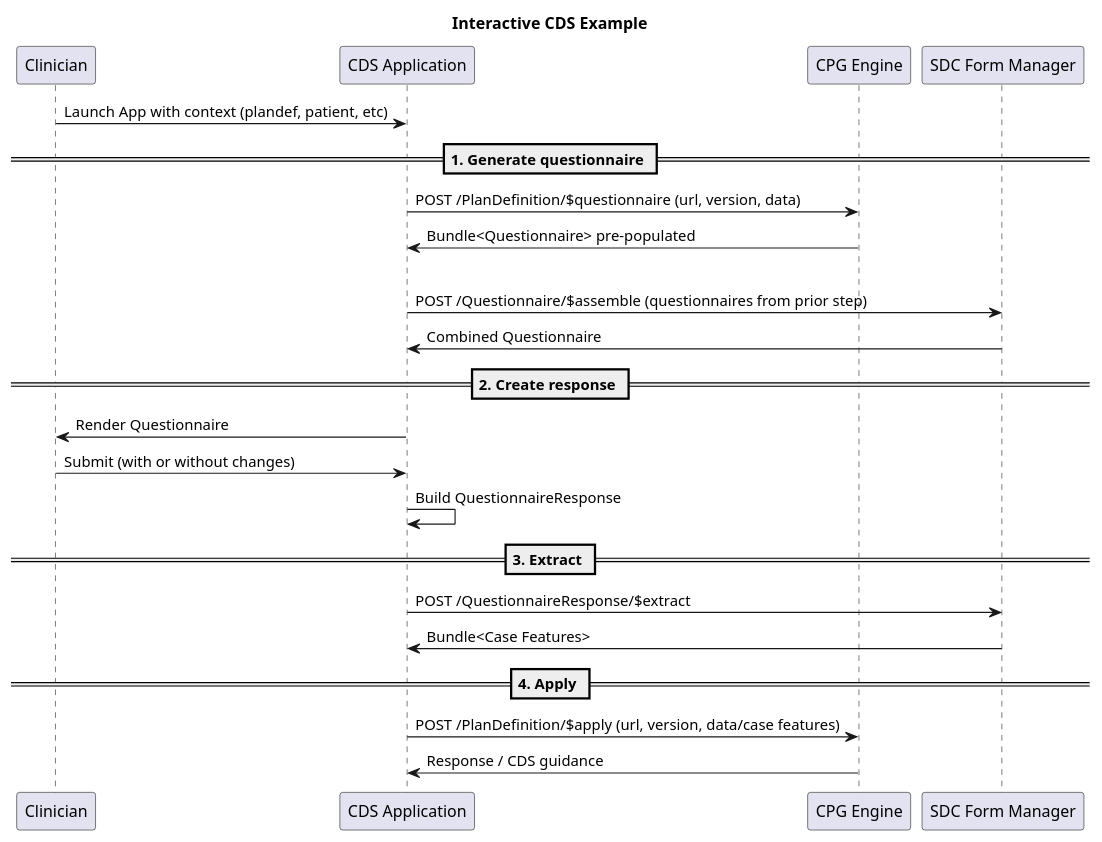
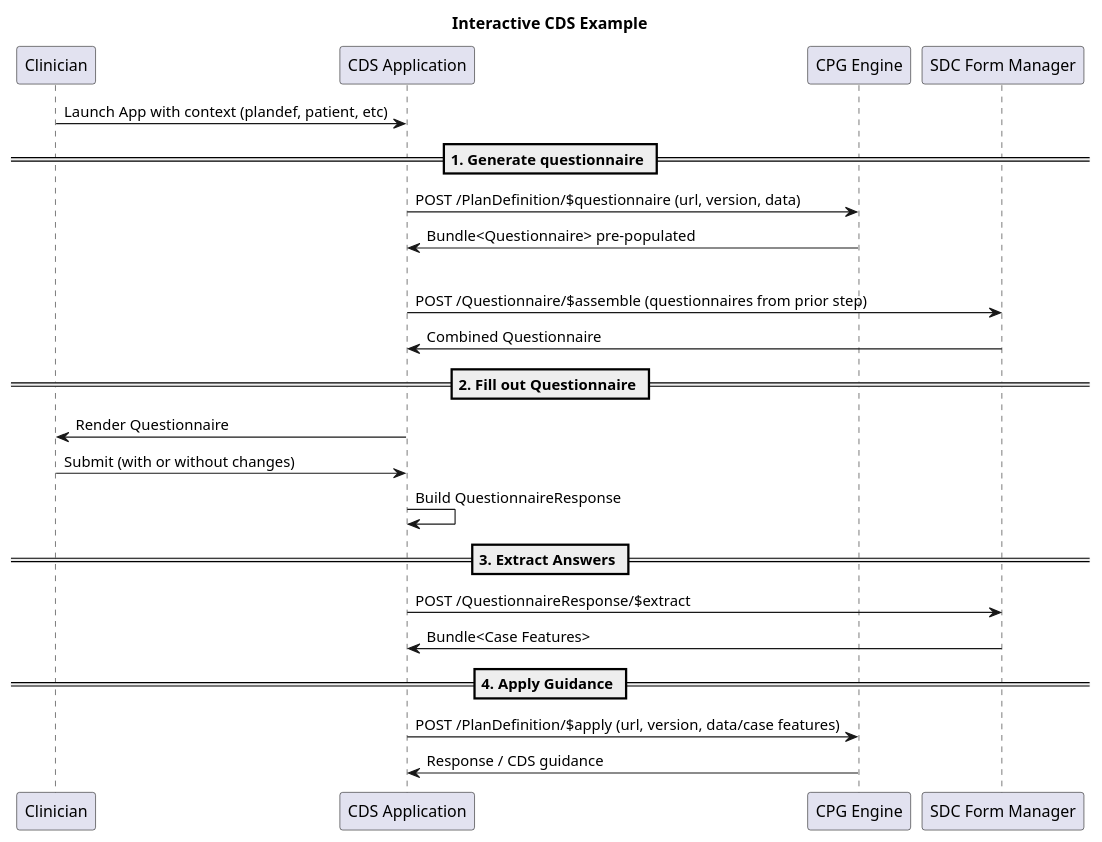
One commit to reason-healthcare/interactive-cds-content changed the diagram in input/fsh/test-cases/pd-questionnaire-extract-apply-examples/sequence.puml. Above: the diagram before and after it, drawn with PlantUML. The commit also changed 2 other files, not shown here.

Commit message:
Connecathon 35 documentation and sequence

```diff
--- a/input/fsh/test-cases/pd-questionnaire-extract-apply-examples/sequence.puml
+++ b/input/fsh/test-cases/pd-questionnaire-extract-apply-examples/sequence.puml
@@ -1,62 +1,62 @@
 @startuml
 
 title Interactive CDS Example
 
 participant Clinician
 participant CDS as "CDS Application"
 participant CPG as "CPG Engine"
 participant SDCManager as "SDC Form Manager"
 
 
 Clinician -> CDS: Launch App with context (plandef, patient, etc)
 == 1. Generate questionnaire ==
 
 CDS -> CPG: POST /PlanDefinition/$questionnaire (url, version, data)
 CPG -> CDS: Bundle<Questionnaire> pre-populated
 ' note left
 '   See Postman
 '   * "Generate Questionnaire from PlanDefinition $questionnaire"
 ' end note
 
 |||
 
 CDS -> SDCManager: POST /Questionnaire/$assemble (questionnaires from prior step)
 SDCManager -> CDS: Combined Questionnaire
 
 ' note left
 '   See: [[file:///Users/bkaney/projects/doudecim/CPGTraining/output/Questionnaire-QuestionnaireAssembled1.html Example Assembled]]
 ' end note
 
-== 2. Create response ==
+== 2. Fill out Questionnaire ==
 
 CDS -> Clinician: Render Questionnaire
 Clinician -> CDS: Submit (with or without changes)
 CDS -> CDS: Build QuestionnaireResponse
 
 ' note left
 '   * [[file:///Users/bkaney/projects/doudecim/CPGTraining/output/QuestionnaireResponse-QuestionnaireResponse1.html No change]]
 '   * [[file:///Users/bkaney/projects/doudecim/CPGTraining/output/QuestionnaireResponse-QuestionnaireResponse2.html Specify CBC date]]
 ' end note
 
-== 3. Extract ==
+== 3. Extract Answers ==
 
 CDS -> SDCManager: POST /QuestionnaireResponse/$extract
 SDCManager -> CDS: Bundle<Case Features>
 
 ' note left
 '   * [[file:///Users/bkaney/projects/doudecim/CPGTraining/output/Bundle-ExtractOutput1.html No change extract]]
 '   * [[file:///Users/bkaney/projects/doudecim/CPGTraining/output/Bundle-ExtractOutput2.html Specify CBC date extract]]
 ' end note
 
-== 4. Apply ==
+== 4. Apply Guidance ==
 
 CDS -> CPG: POST /PlanDefinition/$apply (url, version, data/case features)
 CPG -> CDS: Response / CDS guidance
 
 ' note left
 '   See Postman:
 '   * "Call PlanDefinition $apply (without recent CBC date)"
 '   * "Call PlanDefinition $apply (with recent CBC date)"
 ' end note
 
 @enduml
```
